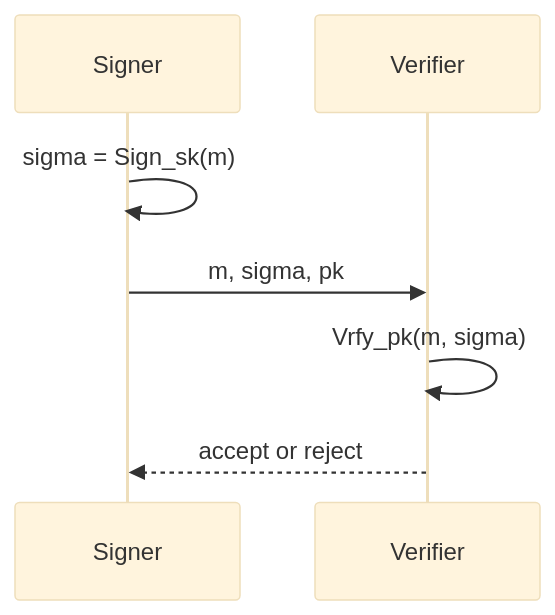
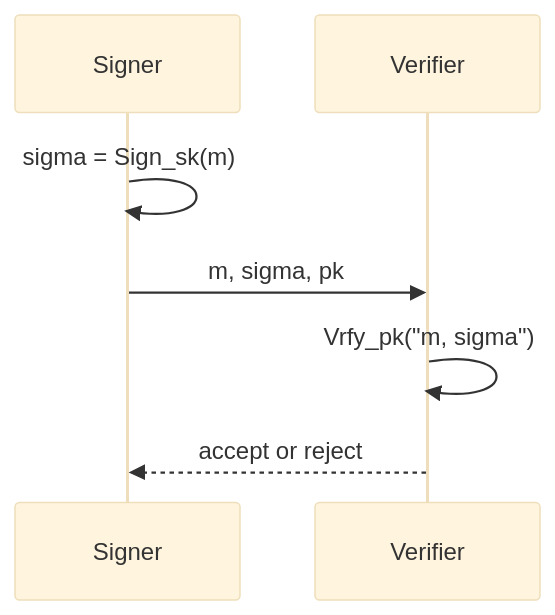
The diagram in docs/cs/cryptography/digital-signatures.md (justinbrianhwang/SJ-wiki), drawn with Mermaid (base theme) before and after one commit. The commit also changed 216 other files, not shown here.

Commit message:
Quote Mermaid node/edge labels with special characters to prevent client-side parse errors

````diff
--- a/docs/cs/cryptography/digital-signatures.md
+++ b/docs/cs/cryptography/digital-signatures.md
@@ -96,9 +96,9 @@
 ```mermaid
 sequenceDiagram
   participant S as Signer
   participant V as Verifier
   S->>S: sigma = Sign_sk(m)
   S->>V: m, sigma, pk
-  V->>V: Vrfy_pk(m, sigma)
+  V->>V: Vrfy_pk("m, sigma")
   V-->>S: accept or reject
 ```
````
